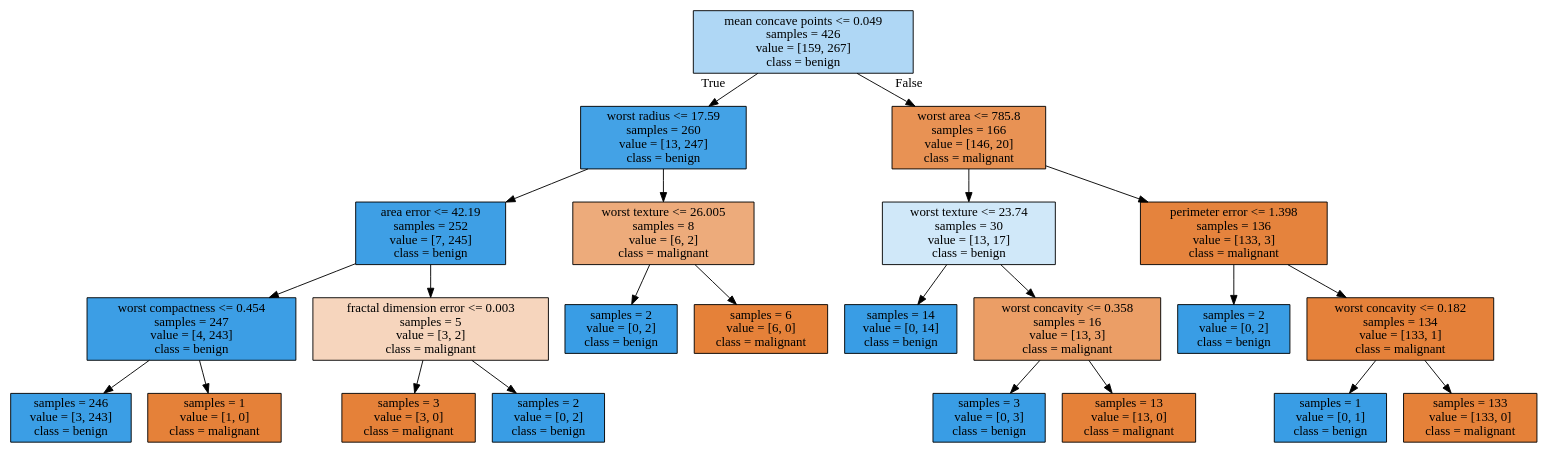
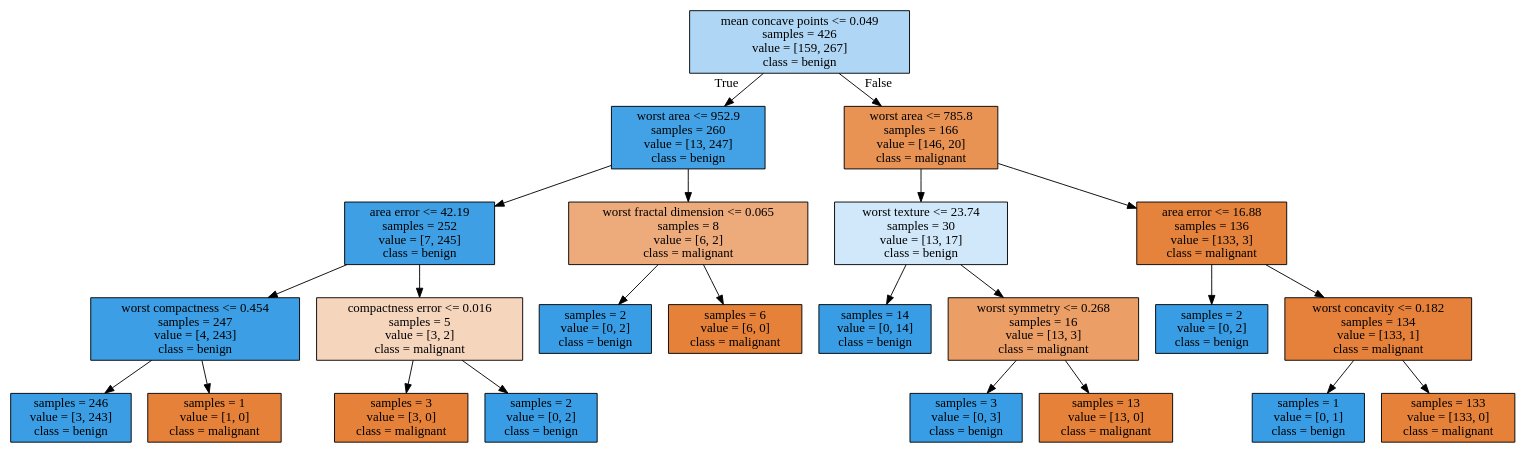
The diagram in breast_tree.dot (davidmilIs/Data-Clustering), drawn with Graphviz before and after one commit. The commit also changed 2 other files, not shown here.

```diff
--- a/breast_tree.dot
+++ b/breast_tree.dot
@@ -1,48 +1,48 @@
 digraph Tree {
 node [shape=box, style="filled", color="black"] ;
 0 [label="mean concave points <= 0.049\nsamples = 426\nvalue = [159, 267]\nclass = benign", fillcolor="#399de567"] ;
-1 [label="worst radius <= 17.59\nsamples = 260\nvalue = [13, 247]\nclass = benign", fillcolor="#399de5f2"] ;
+1 [label="worst area <= 952.9\nsamples = 260\nvalue = [13, 247]\nclass = benign", fillcolor="#399de5f2"] ;
 0 -> 1 [labeldistance=2.5, labelangle=45, headlabel="True"] ;
 2 [label="area error <= 42.19\nsamples = 252\nvalue = [7, 245]\nclass = benign", fillcolor="#399de5f8"] ;
 1 -> 2 ;
 3 [label="worst compactness <= 0.454\nsamples = 247\nvalue = [4, 243]\nclass = benign", fillcolor="#399de5fb"] ;
 2 -> 3 ;
 4 [label="samples = 246\nvalue = [3, 243]\nclass = benign", fillcolor="#399de5fc"] ;
 3 -> 4 ;
 5 [label="samples = 1\nvalue = [1, 0]\nclass = malignant", fillcolor="#e58139ff"] ;
 3 -> 5 ;
-6 [label="fractal dimension error <= 0.003\nsamples = 5\nvalue = [3, 2]\nclass = malignant", fillcolor="#e5813955"] ;
+6 [label="compactness error <= 0.016\nsamples = 5\nvalue = [3, 2]\nclass = malignant", fillcolor="#e5813955"] ;
 2 -> 6 ;
 7 [label="samples = 3\nvalue = [3, 0]\nclass = malignant", fillcolor="#e58139ff"] ;
 6 -> 7 ;
 8 [label="samples = 2\nvalue = [0, 2]\nclass = benign", fillcolor="#399de5ff"] ;
 6 -> 8 ;
-9 [label="worst texture <= 26.005\nsamples = 8\nvalue = [6, 2]\nclass = malignant", fillcolor="#e58139aa"] ;
+9 [label="worst fractal dimension <= 0.065\nsamples = 8\nvalue = [6, 2]\nclass = malignant", fillcolor="#e58139aa"] ;
 1 -> 9 ;
 10 [label="samples = 2\nvalue = [0, 2]\nclass = benign", fillcolor="#399de5ff"] ;
 9 -> 10 ;
 11 [label="samples = 6\nvalue = [6, 0]\nclass = malignant", fillcolor="#e58139ff"] ;
 9 -> 11 ;
 12 [label="worst area <= 785.8\nsamples = 166\nvalue = [146, 20]\nclass = malignant", fillcolor="#e58139dc"] ;
 0 -> 12 [labeldistance=2.5, labelangle=-45, headlabel="False"] ;
 13 [label="worst texture <= 23.74\nsamples = 30\nvalue = [13, 17]\nclass = benign", fillcolor="#399de53c"] ;
 12 -> 13 ;
 14 [label="samples = 14\nvalue = [0, 14]\nclass = benign", fillcolor="#399de5ff"] ;
 13 -> 14 ;
-15 [label="worst concavity <= 0.358\nsamples = 16\nvalue = [13, 3]\nclass = malignant", fillcolor="#e58139c4"] ;
+15 [label="worst symmetry <= 0.268\nsamples = 16\nvalue = [13, 3]\nclass = malignant", fillcolor="#e58139c4"] ;
 13 -> 15 ;
 16 [label="samples = 3\nvalue = [0, 3]\nclass = benign", fillcolor="#399de5ff"] ;
 15 -> 16 ;
 17 [label="samples = 13\nvalue = [13, 0]\nclass = malignant", fillcolor="#e58139ff"] ;
 15 -> 17 ;
-18 [label="perimeter error <= 1.398\nsamples = 136\nvalue = [133, 3]\nclass = malignant", fillcolor="#e58139f9"] ;
+18 [label="area error <= 16.88\nsamples = 136\nvalue = [133, 3]\nclass = malignant", fillcolor="#e58139f9"] ;
 12 -> 18 ;
 19 [label="samples = 2\nvalue = [0, 2]\nclass = benign", fillcolor="#399de5ff"] ;
 18 -> 19 ;
 20 [label="worst concavity <= 0.182\nsamples = 134\nvalue = [133, 1]\nclass = malignant", fillcolor="#e58139fd"] ;
 18 -> 20 ;
 21 [label="samples = 1\nvalue = [0, 1]\nclass = benign", fillcolor="#399de5ff"] ;
 20 -> 21 ;
 22 [label="samples = 133\nvalue = [133, 0]\nclass = malignant", fillcolor="#e58139ff"] ;
 20 -> 22 ;
 }
```
